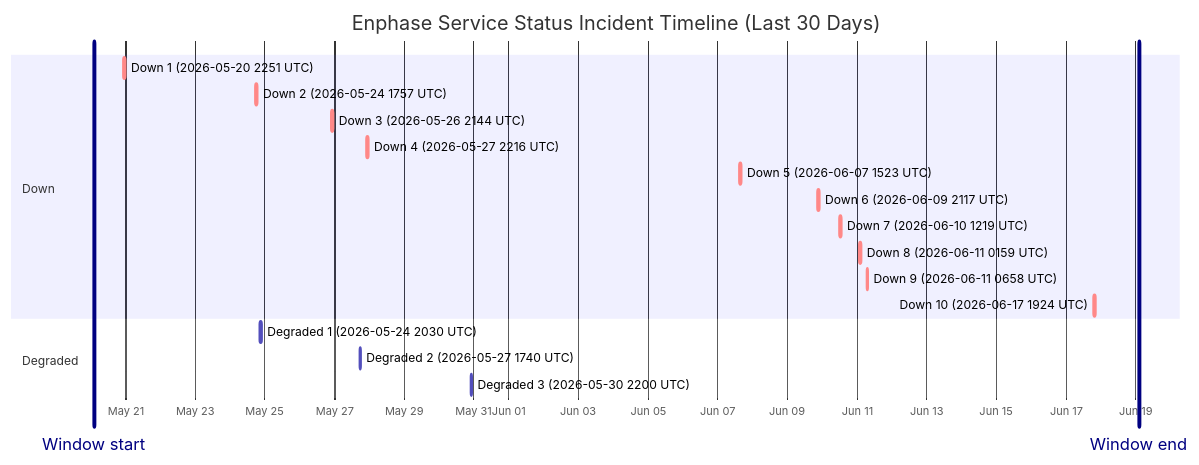
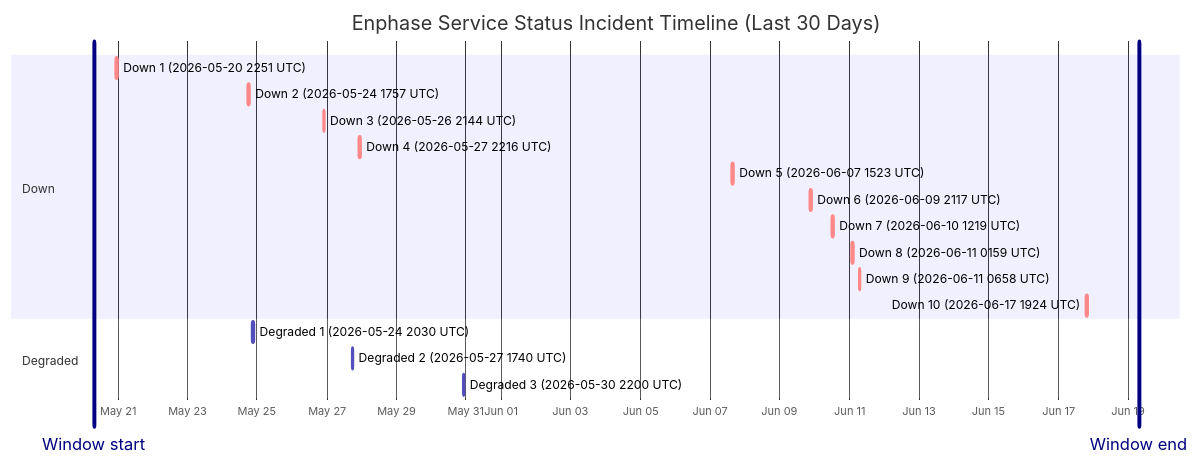
The diagram in wiki/Service-Status-History.md (barneyonline/ha-enphase-energy), drawn with Mermaid before and after one commit. The commit also changed other lines of this file and 3 other files, not shown here.

````diff
--- a/wiki/Service-Status-History.md
+++ b/wiki/Service-Status-History.md
@@ -14,23 +14,23 @@
 ```mermaid
 gantt
     title Enphase Service Status Incident Timeline (Last 30 Days)
     dateFormat  YYYY-MM-DDTHH:mm:ss
     axisFormat  %b %d
-    Window start :vert, window-start, 2026-05-20T02:16:25, 0ms
-    Window end :vert, window-end, 2026-06-19T02:16:25, 0ms
+    Window start :vert, window-start, 2026-05-20T07:38:08, 0ms
+    Window end :vert, window-end, 2026-06-19T07:38:08, 0ms
     section Down
     Down 1 (2026-05-20 2251 UTC) :crit, down-1, 2026-05-20T22:51:14, 75m
     Down 2 (2026-05-24 1757 UTC) :crit, down-2, 2026-05-24T17:57:41, 86m
     Down 3 (2026-05-26 2144 UTC) :crit, down-3, 2026-05-26T21:44:11, 85m
     Down 4 (2026-05-27 2216 UTC) :crit, down-4, 2026-05-27T22:16:53, 87m
     Down 5 (2026-06-07 1523 UTC) :crit, down-5, 2026-06-07T15:23:22, 87m
     Down 6 (2026-06-09 2117 UTC) :crit, down-6, 2026-06-09T21:17:17, 60m
     Down 7 (2026-06-10 1219 UTC) :crit, down-7, 2026-06-10T12:19:21, 60m
     Down 8 (2026-06-11 0159 UTC) :crit, down-8, 2026-06-11T01:59:36, 60m
     Down 9 (2026-06-11 0658 UTC) :crit, down-9, 2026-06-11T06:58:45, 60m
     Down 10 (2026-06-17 1924 UTC) :crit, down-10, 2026-06-17T19:24:51, 60m
     section Degraded
     Degraded 1 (2026-05-24 2030 UTC) :active, degraded-1, 2026-05-24T20:30:57, 84m
     Degraded 2 (2026-05-27 1740 UTC) :active, degraded-2, 2026-05-27T17:40:52, 60m
     Degraded 3 (2026-05-30 2200 UTC) :active, degraded-3, 2026-05-30T22:00:37, 60m
 ```
````
